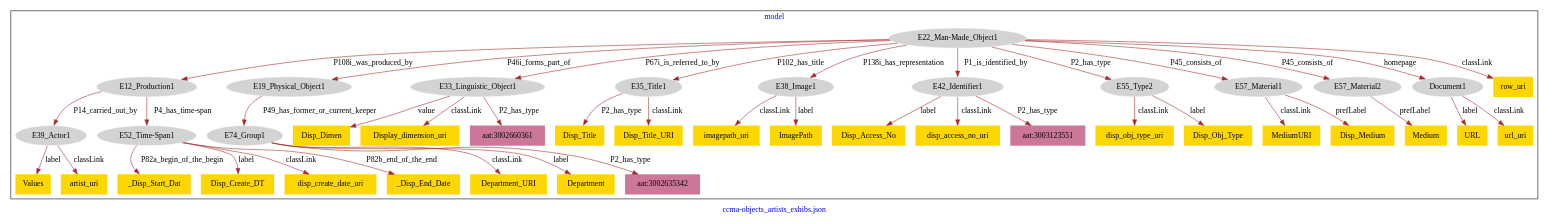
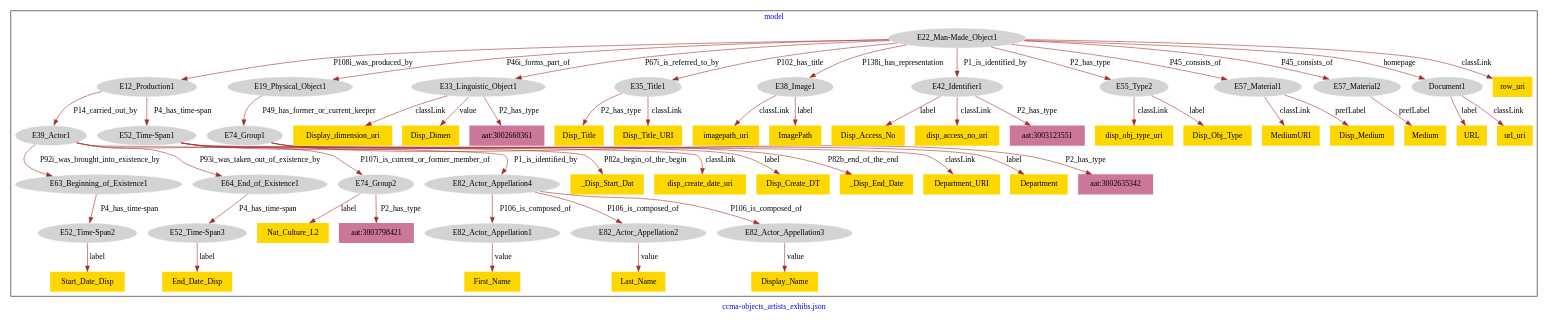
The diagram in ccmadata/ccma-museum-model.dot (american-art/ccma), drawn with Graphviz before and after one commit.

Commit message:
Update file ccma-museum-model.dot

```diff
--- a/ccmadata/ccma-museum-model.dot
+++ b/ccmadata/ccma-museum-model.dot
@@ -1,89 +1,117 @@
 digraph n0 {
 fontcolor="blue"
 remincross="true"
 label="ccma-objects_artists_exhibs.json"
 subgraph cluster {
 label="model"
 n2[style="filled",color="white",fillcolor="lightgray",label="E12_Production1"];
 n3[style="filled",color="white",fillcolor="lightgray",label="E39_Actor1"];
 n4[style="filled",color="white",fillcolor="lightgray",label="E52_Time-Span1"];
 n5[style="filled",color="white",fillcolor="lightgray",label="E19_Physical_Object1"];
 n6[style="filled",color="white",fillcolor="lightgray",label="E74_Group1"];
 n7[style="filled",color="white",fillcolor="lightgray",label="E22_Man-Made_Object1"];
 n8[style="filled",color="white",fillcolor="lightgray",label="E33_Linguistic_Object1"];
 n9[style="filled",color="white",fillcolor="lightgray",label="E35_Title1"];
 n10[style="filled",color="white",fillcolor="lightgray",label="E38_Image1"];
 n11[style="filled",color="white",fillcolor="lightgray",label="E42_Identifier1"];
 n12[style="filled",color="white",fillcolor="lightgray",label="E55_Type2"];
 n13[style="filled",color="white",fillcolor="lightgray",label="E57_Material1"];
 n14[style="filled",color="white",fillcolor="lightgray",label="E57_Material2"];
 n15[style="filled",color="white",fillcolor="lightgray",label="Document1"];
-n16[shape="plaintext",style="filled",fillcolor="gold",label="URL"];
-n17[shape="plaintext",style="filled",fillcolor="gold",label="Disp_Title"];
-n18[shape="plaintext",style="filled",fillcolor="gold",label="url_uri"];
-n19[shape="plaintext",style="filled",fillcolor="gold",label="MediumURI"];
-n20[shape="plaintext",style="filled",fillcolor="gold",label="_Disp_Start_Dat"];
-n21[shape="plaintext",style="filled",fillcolor="gold",label="Disp_Access_No"];
-n22[shape="plaintext",style="filled",fillcolor="gold",label="Medium"];
-n23[shape="plaintext",style="filled",fillcolor="gold",label="Values"];
-n24[shape="plaintext",style="filled",fillcolor="gold",label="Disp_Title_URI"];
-n25[shape="plaintext",style="filled",fillcolor="gold",label="disp_access_no_uri"];
-n26[shape="plaintext",style="filled",fillcolor="gold",label="Disp_Dimen"];
-n27[shape="plaintext",style="filled",fillcolor="gold",label="Disp_Create_DT"];
-n28[shape="plaintext",style="filled",fillcolor="gold",label="disp_obj_type_uri"];
-n29[shape="plaintext",style="filled",fillcolor="gold",label="imagepath_uri"];
-n30[shape="plaintext",style="filled",fillcolor="gold",label="disp_create_date_uri"];
-n31[shape="plaintext",style="filled",fillcolor="gold",label="artist_uri"];
-n32[shape="plaintext",style="filled",fillcolor="gold",label="ImagePath"];
-n33[shape="plaintext",style="filled",fillcolor="gold",label="Disp_Medium"];
-n34[shape="plaintext",style="filled",fillcolor="gold",label="_Disp_End_Date"];
-n35[shape="plaintext",style="filled",fillcolor="gold",label="Disp_Obj_Type"];
-n36[shape="plaintext",style="filled",fillcolor="gold",label="Department_URI"];
-n37[shape="plaintext",style="filled",fillcolor="gold",label="Department"];
-n38[shape="plaintext",style="filled",fillcolor="gold",label="Display_dimension_uri"];
-n39[shape="plaintext",style="filled",fillcolor="gold",label="row_uri"];
-n40[shape="plaintext",style="filled",fillcolor="#CC7799",label="aat:3002635342"];
-n41[shape="plaintext",style="filled",fillcolor="#CC7799",label="aat:3003123551"];
-n42[shape="plaintext",style="filled",fillcolor="#CC7799",label="aat:3002660361"];
+n16[style="filled",color="white",fillcolor="lightgray",label="E63_Beginning_of_Existence1"];
+n17[style="filled",color="white",fillcolor="lightgray",label="E64_End_of_Existence1"];
+n18[style="filled",color="white",fillcolor="lightgray",label="E74_Group2"];
+n19[style="filled",color="white",fillcolor="lightgray",label="E82_Actor_Appellation4"];
+n20[style="filled",color="white",fillcolor="lightgray",label="E52_Time-Span2"];
+n21[style="filled",color="white",fillcolor="lightgray",label="E52_Time-Span3"];
+n22[style="filled",color="white",fillcolor="lightgray",label="E82_Actor_Appellation1"];
+n23[style="filled",color="white",fillcolor="lightgray",label="E82_Actor_Appellation2"];
+n24[style="filled",color="white",fillcolor="lightgray",label="E82_Actor_Appellation3"];
+n25[shape="plaintext",style="filled",fillcolor="gold",label="URL"];
+n26[shape="plaintext",style="filled",fillcolor="gold",label="Disp_Title"];
+n27[shape="plaintext",style="filled",fillcolor="gold",label="Display_dimension_uri"];
+n28[shape="plaintext",style="filled",fillcolor="gold",label="_Disp_Start_Dat"];
+n29[shape="plaintext",style="filled",fillcolor="gold",label="MediumURI"];
+n30[shape="plaintext",style="filled",fillcolor="gold",label="Disp_Access_No"];
+n31[shape="plaintext",style="filled",fillcolor="gold",label="disp_obj_type_uri"];
+n32[shape="plaintext",style="filled",fillcolor="gold",label="Display_Name"];
+n33[shape="plaintext",style="filled",fillcolor="gold",label="disp_create_date_uri"];
+n34[shape="plaintext",style="filled",fillcolor="gold",label="Medium"];
+n35[shape="plaintext",style="filled",fillcolor="gold",label="Disp_Dimen"];
+n36[shape="plaintext",style="filled",fillcolor="gold",label="Disp_Create_DT"];
+n37[shape="plaintext",style="filled",fillcolor="gold",label="End_Date_Disp"];
+n38[shape="plaintext",style="filled",fillcolor="gold",label="Disp_Title_URI"];
+n39[shape="plaintext",style="filled",fillcolor="gold",label="Nat_Culture_L2"];
+n40[shape="plaintext",style="filled",fillcolor="gold",label="imagepath_uri"];
+n41[shape="plaintext",style="filled",fillcolor="gold",label="disp_access_no_uri"];
+n42[shape="plaintext",style="filled",fillcolor="gold",label="First_Name"];
+n43[shape="plaintext",style="filled",fillcolor="gold",label="Last_Name"];
+n44[shape="plaintext",style="filled",fillcolor="gold",label="Department_URI"];
+n45[shape="plaintext",style="filled",fillcolor="gold",label="ImagePath"];
+n46[shape="plaintext",style="filled",fillcolor="gold",label="Disp_Medium"];
+n47[shape="plaintext",style="filled",fillcolor="gold",label="_Disp_End_Date"];
+n48[shape="plaintext",style="filled",fillcolor="gold",label="Disp_Obj_Type"];
+n49[shape="plaintext",style="filled",fillcolor="gold",label="row_uri"];
+n50[shape="plaintext",style="filled",fillcolor="gold",label="Department"];
+n51[shape="plaintext",style="filled",fillcolor="gold",label="Start_Date_Disp"];
+n52[shape="plaintext",style="filled",fillcolor="gold",label="url_uri"];
+n53[shape="plaintext",style="filled",fillcolor="#CC7799",label="aat:3003798421"];
+n54[shape="plaintext",style="filled",fillcolor="#CC7799",label="aat:3002635342"];
+n55[shape="plaintext",style="filled",fillcolor="#CC7799",label="aat:3003123551"];
+n56[shape="plaintext",style="filled",fillcolor="#CC7799",label="aat:3002660361"];
 }
 n2 -> n3[color="brown",fontcolor="black",label="P14_carried_out_by"]
 n2 -> n4[color="brown",fontcolor="black",label="P4_has_time-span"]
 n5 -> n6[color="brown",fontcolor="black",label="P49_has_former_or_current_keeper"]
 n7 -> n2[color="brown",fontcolor="black",label="P108i_was_produced_by"]
 n7 -> n5[color="brown",fontcolor="black",label="P46i_forms_part_of"]
 n7 -> n8[color="brown",fontcolor="black",label="P67i_is_referred_to_by"]
 n7 -> n9[color="brown",fontcolor="black",label="P102_has_title"]
 n7 -> n10[color="brown",fontcolor="black",label="P138i_has_representation"]
 n7 -> n11[color="brown",fontcolor="black",label="P1_is_identified_by"]
 n7 -> n12[color="brown",fontcolor="black",label="P2_has_type"]
 n7 -> n13[color="brown",fontcolor="black",label="P45_consists_of"]
 n7 -> n14[color="brown",fontcolor="black",label="P45_consists_of"]
 n7 -> n15[color="brown",fontcolor="black",label="homepage"]
-n15 -> n16[color="brown",fontcolor="black",label="label"]
-n9 -> n17[color="brown",fontcolor="black",label="P2_has_type"]
-n15 -> n18[color="brown",fontcolor="black",label="classLink"]
-n13 -> n19[color="brown",fontcolor="black",label="classLink"]
-n4 -> n20[color="brown",fontcolor="black",label="P82a_begin_of_the_begin"]
-n11 -> n21[color="brown",fontcolor="black",label="label"]
-n14 -> n22[color="brown",fontcolor="black",label="prefLabel"]
-n3 -> n23[color="brown",fontcolor="black",label="label"]
-n9 -> n24[color="brown",fontcolor="black",label="classLink"]
-n11 -> n25[color="brown",fontcolor="black",label="classLink"]
-n8 -> n26[color="brown",fontcolor="black",label="value"]
-n4 -> n27[color="brown",fontcolor="black",label="label"]
-n12 -> n28[color="brown",fontcolor="black",label="classLink"]
-n10 -> n29[color="brown",fontcolor="black",label="classLink"]
-n4 -> n30[color="brown",fontcolor="black",label="classLink"]
-n3 -> n31[color="brown",fontcolor="black",label="classLink"]
-n10 -> n32[color="brown",fontcolor="black",label="label"]
-n13 -> n33[color="brown",fontcolor="black",label="prefLabel"]
-n4 -> n34[color="brown",fontcolor="black",label="P82b_end_of_the_end"]
-n12 -> n35[color="brown",fontcolor="black",label="label"]
-n6 -> n36[color="brown",fontcolor="black",label="classLink"]
-n6 -> n37[color="brown",fontcolor="black",label="label"]
-n8 -> n38[color="brown",fontcolor="black",label="classLink"]
-n7 -> n39[color="brown",fontcolor="black",label="classLink"]
-n6 -> n40[color="brown",fontcolor="black",label="P2_has_type"]
-n11 -> n41[color="brown",fontcolor="black",label="P2_has_type"]
-n8 -> n42[color="brown",fontcolor="black",label="P2_has_type"]
+n3 -> n16[color="brown",fontcolor="black",label="P92i_was_brought_into_existence_by"]
+n3 -> n17[color="brown",fontcolor="black",label="P93i_was_taken_out_of_existence_by"]
+n3 -> n18[color="brown",fontcolor="black",label="P107i_is_current_or_former_member_of"]
+n3 -> n19[color="brown",fontcolor="black",label="P1_is_identified_by"]
+n16 -> n20[color="brown",fontcolor="black",label="P4_has_time-span"]
+n17 -> n21[color="brown",fontcolor="black",label="P4_has_time-span"]
+n19 -> n22[color="brown",fontcolor="black",label="P106_is_composed_of"]
+n19 -> n23[color="brown",fontcolor="black",label="P106_is_composed_of"]
+n19 -> n24[color="brown",fontcolor="black",label="P106_is_composed_of"]
+n15 -> n25[color="brown",fontcolor="black",label="label"]
+n9 -> n26[color="brown",fontcolor="black",label="P2_has_type"]
+n8 -> n27[color="brown",fontcolor="black",label="classLink"]
+n4 -> n28[color="brown",fontcolor="black",label="P82a_begin_of_the_begin"]
+n13 -> n29[color="brown",fontcolor="black",label="classLink"]
+n11 -> n30[color="brown",fontcolor="black",label="label"]
+n12 -> n31[color="brown",fontcolor="black",label="classLink"]
+n24 -> n32[color="brown",fontcolor="black",label="value"]
+n4 -> n33[color="brown",fontcolor="black",label="classLink"]
+n14 -> n34[color="brown",fontcolor="black",label="prefLabel"]
+n8 -> n35[color="brown",fontcolor="black",label="value"]
+n4 -> n36[color="brown",fontcolor="black",label="label"]
+n21 -> n37[color="brown",fontcolor="black",label="label"]
+n9 -> n38[color="brown",fontcolor="black",label="classLink"]
+n18 -> n39[color="brown",fontcolor="black",label="label"]
+n10 -> n40[color="brown",fontcolor="black",label="classLink"]
+n11 -> n41[color="brown",fontcolor="black",label="classLink"]
+n22 -> n42[color="brown",fontcolor="black",label="value"]
+n23 -> n43[color="brown",fontcolor="black",label="value"]
+n6 -> n44[color="brown",fontcolor="black",label="classLink"]
+n10 -> n45[color="brown",fontcolor="black",label="label"]
+n13 -> n46[color="brown",fontcolor="black",label="prefLabel"]
+n4 -> n47[color="brown",fontcolor="black",label="P82b_end_of_the_end"]
+n12 -> n48[color="brown",fontcolor="black",label="label"]
+n7 -> n49[color="brown",fontcolor="black",label="classLink"]
+n6 -> n50[color="brown",fontcolor="black",label="label"]
+n20 -> n51[color="brown",fontcolor="black",label="label"]
+n15 -> n52[color="brown",fontcolor="black",label="classLink"]
+n18 -> n53[color="brown",fontcolor="black",label="P2_has_type"]
+n6 -> n54[color="brown",fontcolor="black",label="P2_has_type"]
+n11 -> n55[color="brown",fontcolor="black",label="P2_has_type"]
+n8 -> n56[color="brown",fontcolor="black",label="P2_has_type"]
 }
```
